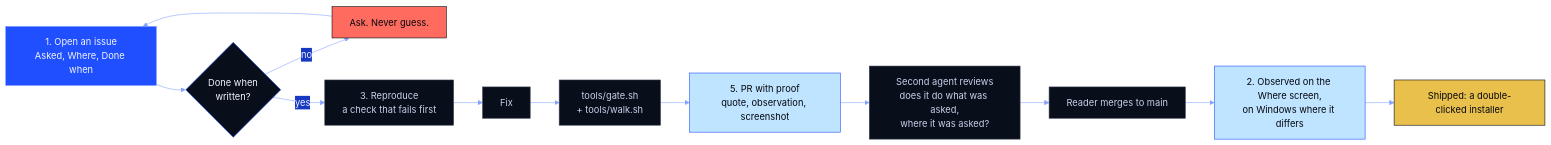
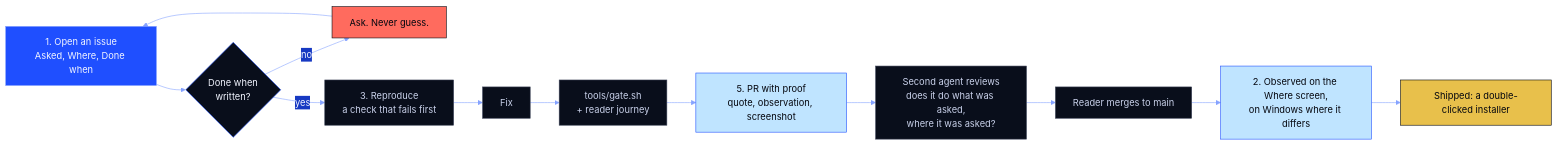
Before and after one commit to Berbadov/kriko: the first of 2 diagrams in docs/DOCTRINE.md, drawn with Mermaid. The commit also changed other lines of this file and 359 other files, not shown here.

````diff
--- a/docs/DOCTRINE.md
+++ b/docs/DOCTRINE.md
@@ -10,21 +10,21 @@
 ```mermaid
 %%{init: {"theme":"base","themeVariables":{"fontFamily":"ui-monospace, SFMono-Regular, Consolas, monospace","primaryColor":"#090E1B","primaryTextColor":"#F2F5FF","primaryBorderColor":"#1F4FFF","lineColor":"#86A3FF","secondaryColor":"#1739C2","tertiaryColor":"#080B16","noteBkgColor":"#BFE4FF","noteTextColor":"#05070F","actorBkg":"#090E1B","actorTextColor":"#F2F5FF","actorBorder":"#1F4FFF","signalColor":"#86A3FF","signalTextColor":"#86A3FF"}}}%%
 flowchart LR
     A["1. Open an issue<br/>Asked, Where, Done when"]:::brand --> B{"Done when<br/>written?"}
     B -->|no| Q["Ask. Never guess."]:::danger
     Q --> A
     B -->|yes| C["3. Reproduce<br/>a check that fails first"]:::plain
     C --> D["Fix"]:::plain
-    D --> E["tools/gate.sh<br/>+ tools/walk.sh"]:::plain
+    D --> E["tools/gate.sh<br/>+ reader journey"]:::plain
     E --> F["5. PR with proof<br/>quote, observation, screenshot"]:::ice
     F --> G["Second agent reviews<br/>does it do what was asked,<br/>where it was asked?"]:::plain
     G --> H["Reader merges to main"]:::plain
     H --> I["2. Observed on the Where screen,<br/>on Windows where it differs"]:::ice
     I --> J["Shipped: a double-clicked installer"]:::mark
 
     classDef brand  fill:#1F4FFF,stroke:#86A3FF,color:#F2F5FF
     classDef plain  fill:#090E1B,stroke:#3A4156,color:#C9D1EA
     classDef ice    fill:#BFE4FF,stroke:#1F4FFF,color:#05070F
     classDef danger fill:#FF6B5E,stroke:#05070F,color:#05070F
     classDef mark   fill:#E8C04B,stroke:#05070F,color:#05070F
 ```
````
